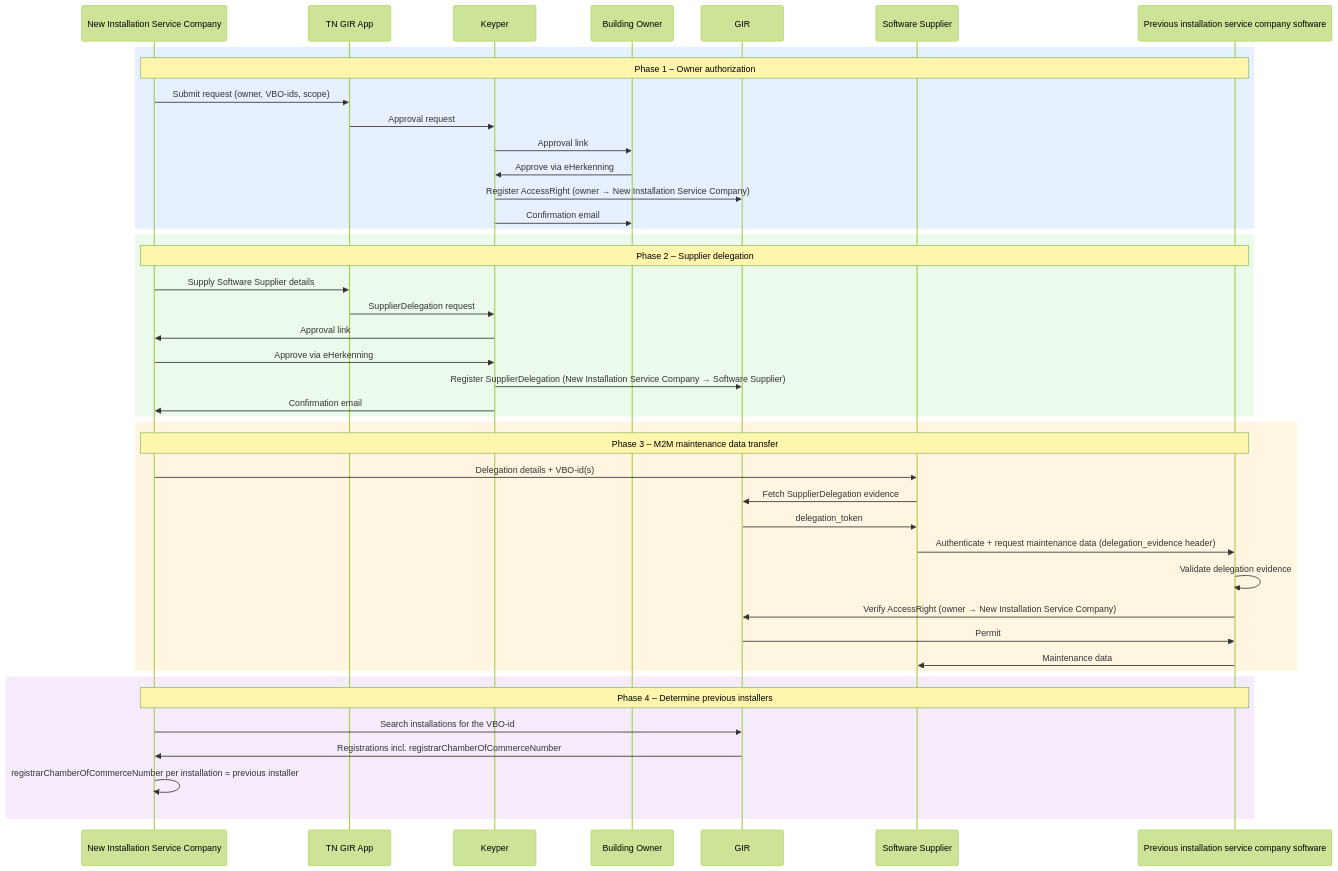
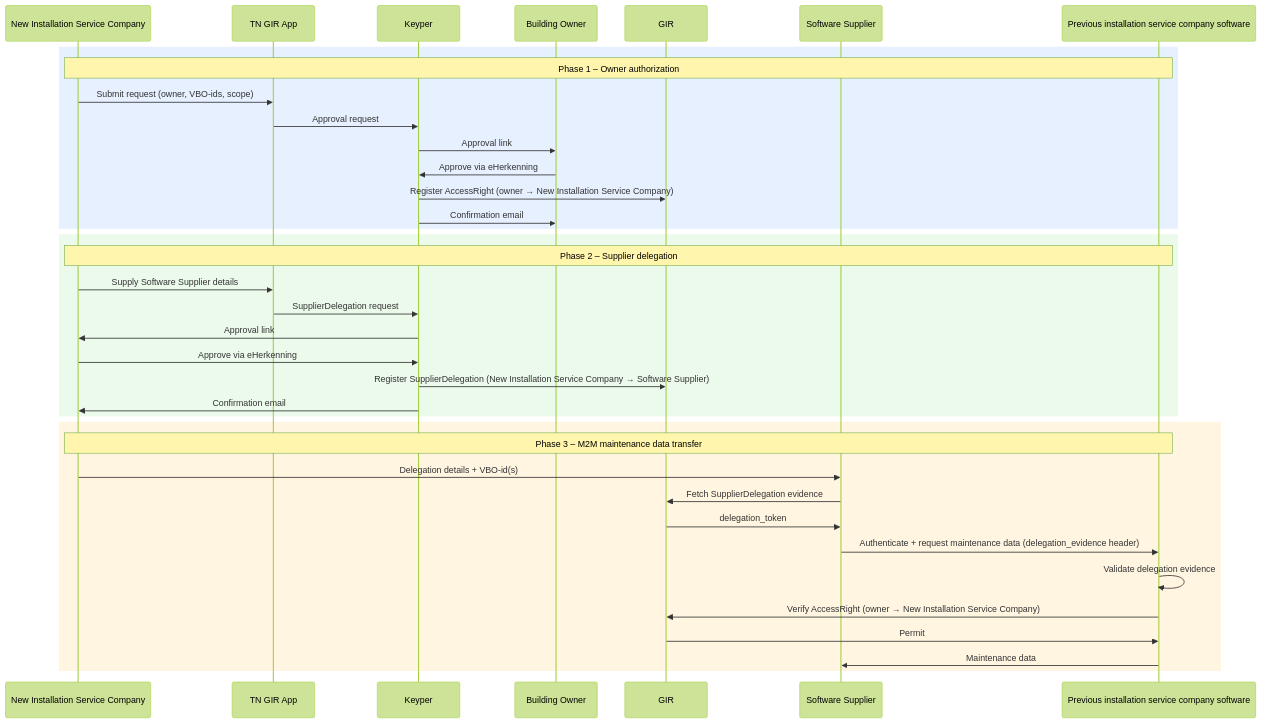
The diagram in gir/digitaal-onderhoudsboekje.md (POORT8/Poort8.Docs), drawn with Mermaid (forest theme) before and after one commit. The commit also changed other lines of this file and 3 other files, not shown here.

````diff
--- a/gir/digitaal-onderhoudsboekje.md
+++ b/gir/digitaal-onderhoudsboekje.md
@@ -21,49 +21,42 @@
 ```mermaid
 sequenceDiagram
     participant new_installer as New Installation Service Company
     participant app as TN GIR App
     participant keyper as Keyper
     participant owner as Building Owner
     participant gir as GIR
     participant software_supplier as Software Supplier
     participant prev_software as Previous installation service company software
 
     rect rgb(230, 240, 255)
     note over new_installer,prev_software: Phase 1 – Owner authorization
     new_installer->>app: Submit request (owner, VBO-ids, scope)
     app->>keyper: Approval request
     keyper->>owner: Approval link
     owner->>keyper: Approve via eHerkenning
     keyper->>gir: Register AccessRight (owner → New Installation Service Company)
     keyper->>owner: Confirmation email
     end
 
     rect rgb(235, 250, 235)
     note over new_installer,prev_software: Phase 2 – Supplier delegation
     new_installer->>app: Supply Software Supplier details
     app->>keyper: SupplierDelegation request
     keyper->>new_installer: Approval link
     new_installer->>keyper: Approve via eHerkenning
     keyper->>gir: Register SupplierDelegation (New Installation Service Company → Software Supplier)
     keyper->>new_installer: Confirmation email
     end
 
     rect rgb(255, 245, 225)
     note over new_installer,prev_software: Phase 3 – M2M maintenance data transfer
     new_installer->>software_supplier: Delegation details + VBO-id(s)
     software_supplier->>gir: Fetch SupplierDelegation evidence
     gir->>software_supplier: delegation_token
     software_supplier->>prev_software: Authenticate + request maintenance data (delegation_evidence header)
     prev_software->>prev_software: Validate delegation evidence
     prev_software->>gir: Verify AccessRight (owner → New Installation Service Company)
     gir->>prev_software: Permit
     prev_software->>software_supplier: Maintenance data
     end
-
-    rect rgb(245, 235, 250)
-    note over new_installer,prev_software: Phase 4 – Determine previous installers
-    new_installer->>gir: Search installations for the VBO-id
-    gir->>new_installer: Registrations incl. registrarChamberOfCommerceNumber
-    new_installer->>new_installer: registrarChamberOfCommerceNumber per installation = previous installer
-    end
 ```
````
